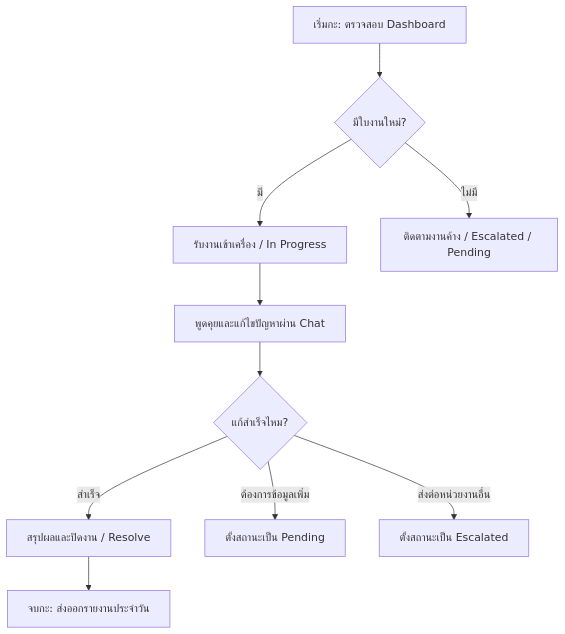
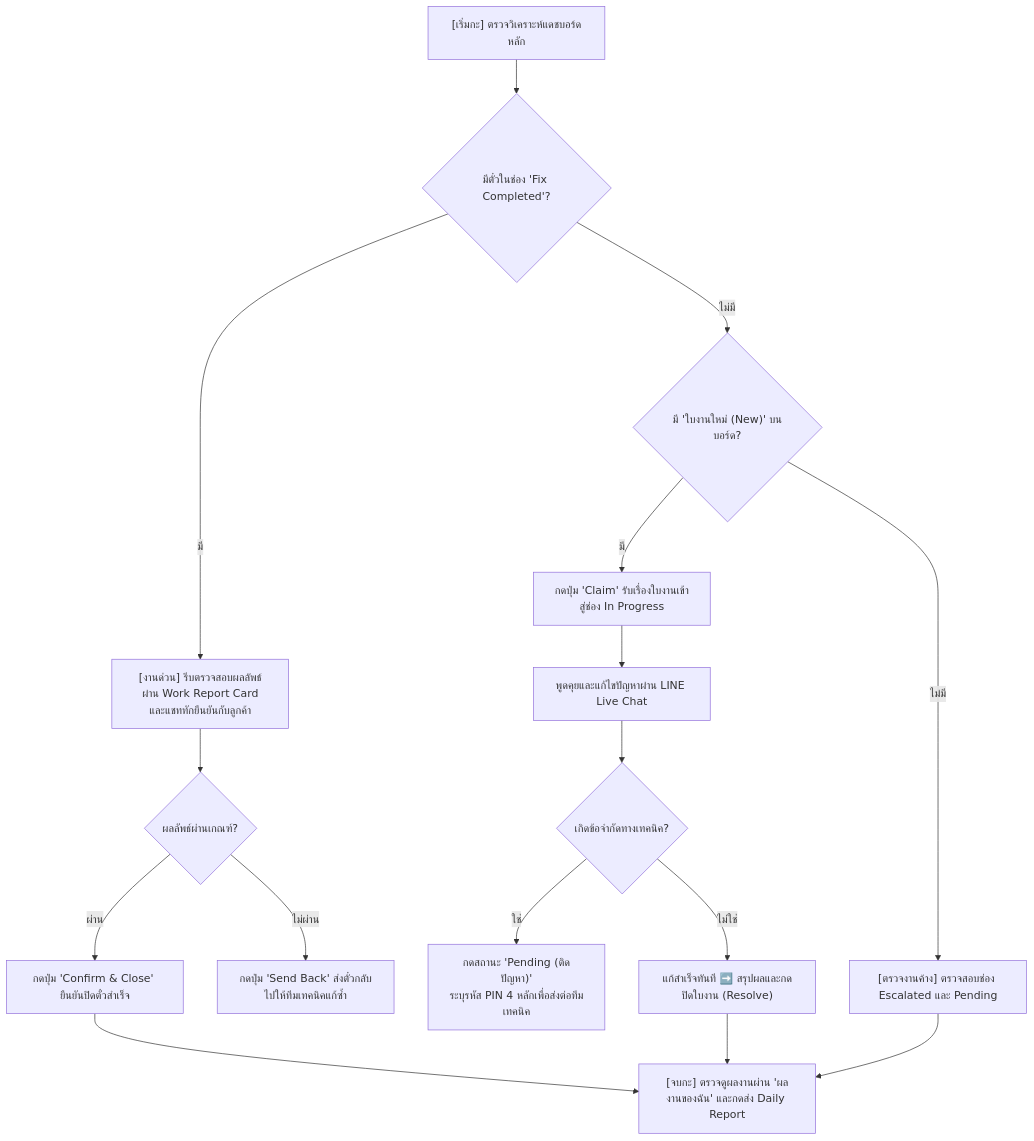
One commit to jairlinethai8989/neosupportlineoa changed the diagram in docs/STEP_BY_STEP_MANUAL.md. Above: the diagram before and after it, drawn with Mermaid. The commit also changed other lines of this file and 8 other files, not shown here.

````diff
--- a/docs/STEP_BY_STEP_MANUAL.md
+++ b/docs/STEP_BY_STEP_MANUAL.md
@@ -9,12 +12,23 @@
 ```mermaid
 graph TD
-    A[เริ่มกะ: ตรวจสอบ Dashboard] --> B{มีใบงานใหม่?};
-    B -- มี --> C[รับงานเข้าเครื่อง / In Progress];
-    B -- ไม่มี --> D[ติดตามงานค้าง / Escalated / Pending];
-    C --> E[พูดคุยและแก้ไขปัญหาผ่าน Chat];
-    E --> F{แก้สำเร็จไหม?};
-    F -- สำเร็จ --> G[สรุปผลและปิดงาน / Resolve];
-    F -- ต้องการข้อมูลเพิ่ม --> H[ตั้งสถานะเป็น Pending];
-    F -- ส่งต่อหน่วยงานอื่น --> I[ตั้งสถานะเป็น Escalated];
-    G --> J[จบกะ: ส่งออกรายงานประจำวัน];
+    A["[เริ่มกะ] ตรวจวิเคราะห์แดชบอร์ดหลัก"] --> B{"มีตั๋วในช่อง 'Fix Completed'?"}
+    
+    B -- มี --> C["[งานด่วน] รีบตรวจสอบผลลัพธ์ผ่าน Work Report Card<br>และแชททักยืนยันกับลูกค้า"]
+    C --> C1{"ผลลัพธ์ผ่านเกณฑ์?"}
+    C1 -- ผ่าน --> C2["กดปุ่ม 'Confirm & Close' ยืนยันปิดตั๋วสำเร็จ"]
+    C1 -- ไม่ผ่าน --> C3["กดปุ่ม 'Send Back' ส่งตั๋วกลับไปให้ทีมเทคนิคแก้ซ้ำ"]
+    
+    B -- ไม่มี --> D{"มี 'ใบงานใหม่ (New)' บนบอร์ด?"}
+    D -- มี --> E["กดปุ่ม 'Claim' รับเรื่องใบงานเข้าสู่ช่อง In Progress"]
+    E --> F["พูดคุยและแก้ไขปัญหาผ่าน LINE Live Chat"]
+    
+    F --> F1{"เกิดข้อจำกัดทางเทคนิค?"}
+    F1 -- ใช่ --> F2["กดสถานะ 'Pending (ติดปัญหา)'<br>ระบุรหัส PIN 4 หลักเพื่อส่งต่อทีมเทคนิค"]
+    F1 -- ไม่ใช่ --> F3["แก้สำเร็จทันที ➡️ สรุปผลและกดปิดใบงาน (Resolve)"]
+    
+    D -- ไม่มี --> G["[ตรวจงานค้าง] ตรวจสอบช่อง Escalated และ Pending"]
+    
+    C2 --> H["[จบกะ] ตรวจดูผลงานผ่าน 'ผลงานของฉัน' และกดส่ง Daily Report"]
+    F3 --> H
+    G --> H
 ```
````
